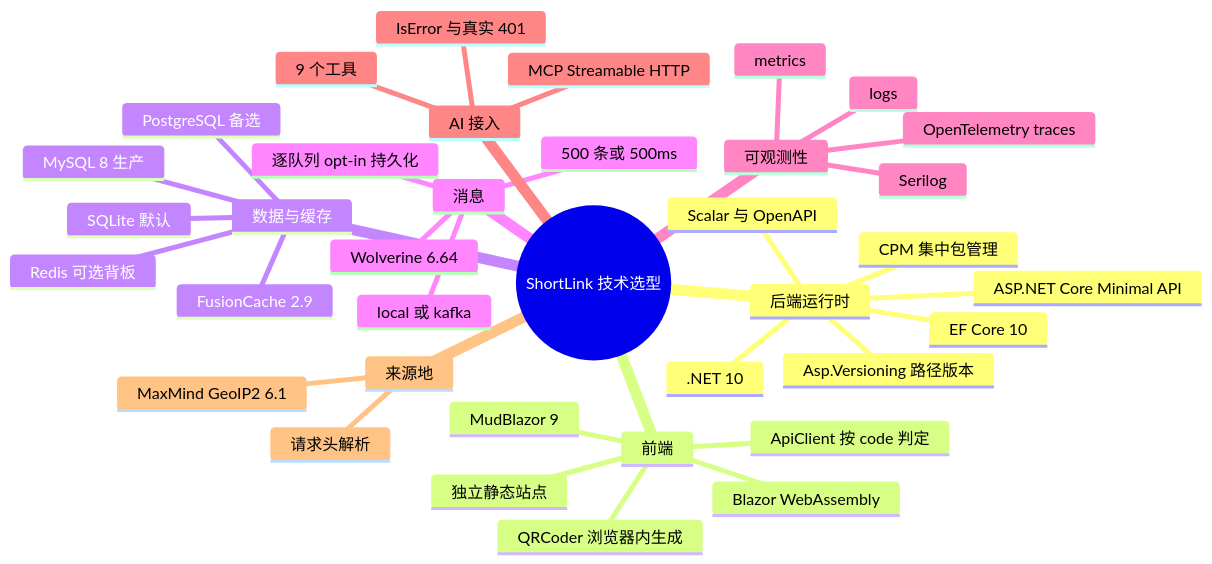
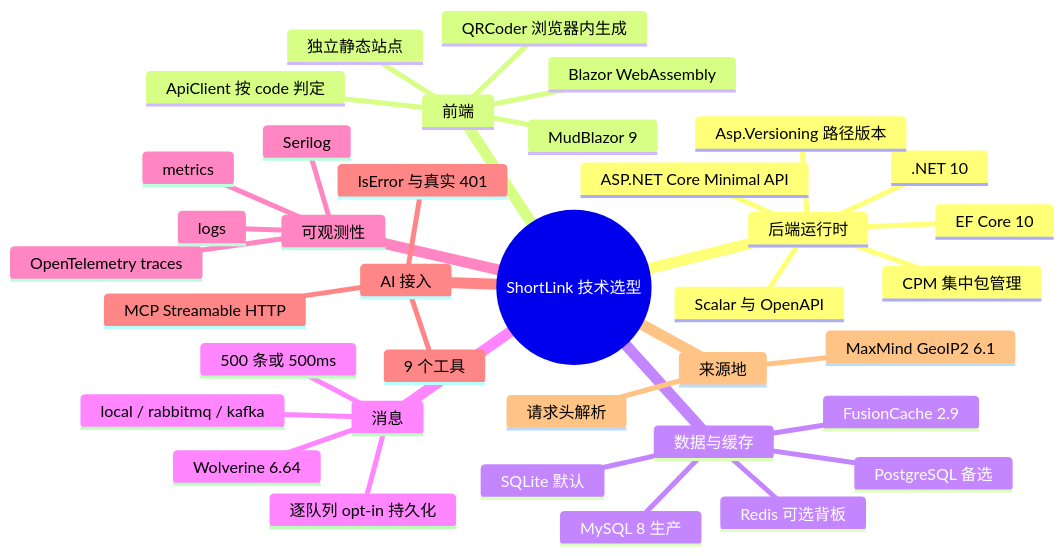
The first of 10 diagrams in docs/features-mindmap.md (ZUOXIANGE/ShortLink), drawn with Mermaid before and after one commit. The commit also changed other lines of this file and 47 other files, not shown here.

````diff
--- a/docs/features-mindmap.md
+++ b/docs/features-mindmap.md
@@ -11,40 +11,40 @@
 ```mermaid
 mindmap
   root((ShortLink 技术选型))
     后端运行时
       .NET 10
       ASP.NET Core Minimal API
       EF Core 10
       Asp.Versioning 路径版本
       Scalar 与 OpenAPI
       CPM 集中包管理
     前端
       Blazor WebAssembly
       MudBlazor 9
       独立静态站点
       ApiClient 按 code 判定
       QRCoder 浏览器内生成
     数据与缓存
       SQLite 默认
       MySQL 8 生产
       PostgreSQL 备选
       FusionCache 2.9
       Redis 可选背板
     消息
       Wolverine 6.64
-      local 或 kafka
+      local / rabbitmq / kafka
       500 条或 500ms
       逐队列 opt-in 持久化
     可观测性
       OpenTelemetry traces
       metrics
       logs
       Serilog
     AI 接入
       MCP Streamable HTTP
       9 个工具
       IsError 与真实 401
     来源地
       MaxMind GeoIP2 6.1
       请求头解析
 ```
````
